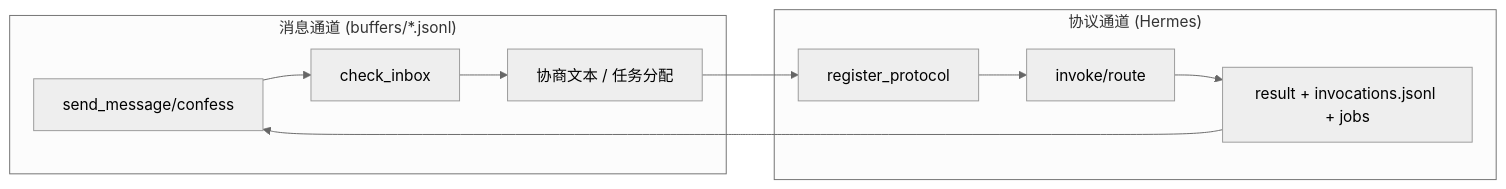
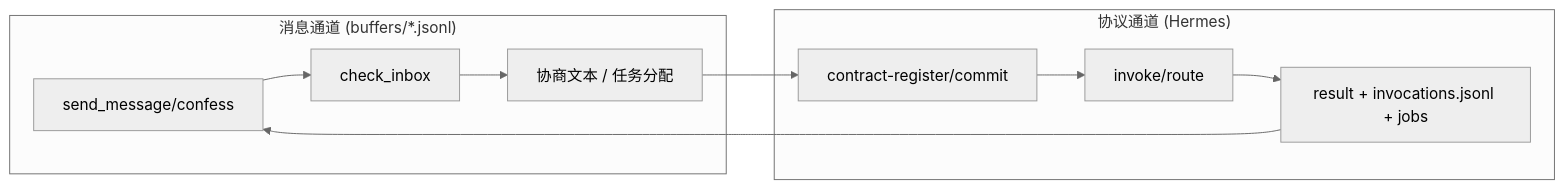
One commit to Lands54/Pantheon changed diagram 25 of 26 in docs/ARCHITECTURE_MERMAID.md. Above: the diagram before and after it, drawn with Mermaid (neutral theme). The commit also changed other lines of this file and 89 other files, not shown here.

Commit message:
refactor: remove compatibility tracks and align docs to single-track architecture

````diff
--- a/docs/ARCHITECTURE_MERMAID.md
+++ b/docs/ARCHITECTURE_MERMAID.md
@@ -388,15 +382,15 @@
 ```mermaid
 flowchart LR
     subgraph Msg["消息通道 (buffers/*.jsonl)"]
       M1["send_message/confess"] --> M2["check_inbox"]
       M2 --> M3["协商文本 / 任务分配"]
     end
 
     subgraph Proto["协议通道 (Hermes)"]
-      P1["register_protocol"] --> P2["invoke/route"]
+      P1["contract-register/commit"] --> P2["invoke/route"]
       P2 --> P3["result + invocations.jsonl + jobs"]
     end
 
     M3 --> P1
     P3 --> M1
 ```
````
